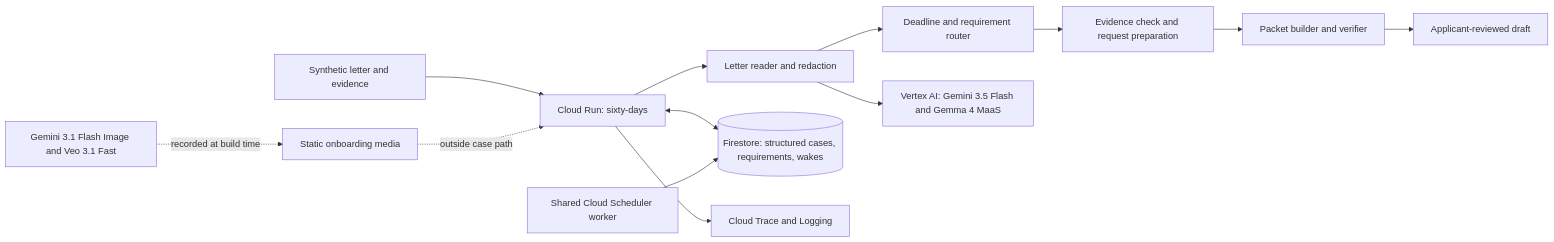
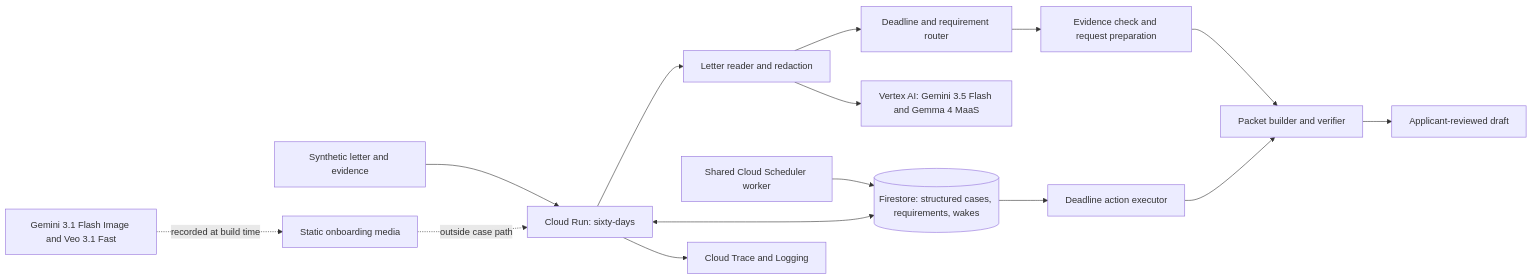
Before and after one commit to usv240/sixty-days: the diagram in docs/architecture.mmd, drawn with Mermaid. The commit also changed 20 other files, not shown here.

```diff
--- a/docs/architecture.mmd
+++ b/docs/architecture.mmd
@@ -1,13 +1,15 @@
 flowchart LR
     A[Synthetic letter and evidence] --> B[Cloud Run: sixty-days]
     B --> L[Letter reader and redaction]
     L --> D[Deadline and requirement router]
     D --> E[Evidence check and request preparation]
     E --> P[Packet builder and verifier]
     B <--> F[(Firestore: structured cases, requirements, wakes)]
     L --> V[Vertex AI: Gemini 3.5 Flash and Gemma 4 MaaS]
+    F --> X[Deadline action executor]
+    X --> P
     S[Shared Cloud Scheduler worker] --> F
     B --> T[Cloud Trace and Logging]
     P --> H[Applicant-reviewed draft]
     M[Gemini 3.1 Flash Image and Veo 3.1 Fast] -. recorded at build time .-> O[Static onboarding media]
     O -. outside case path .-> B
```
